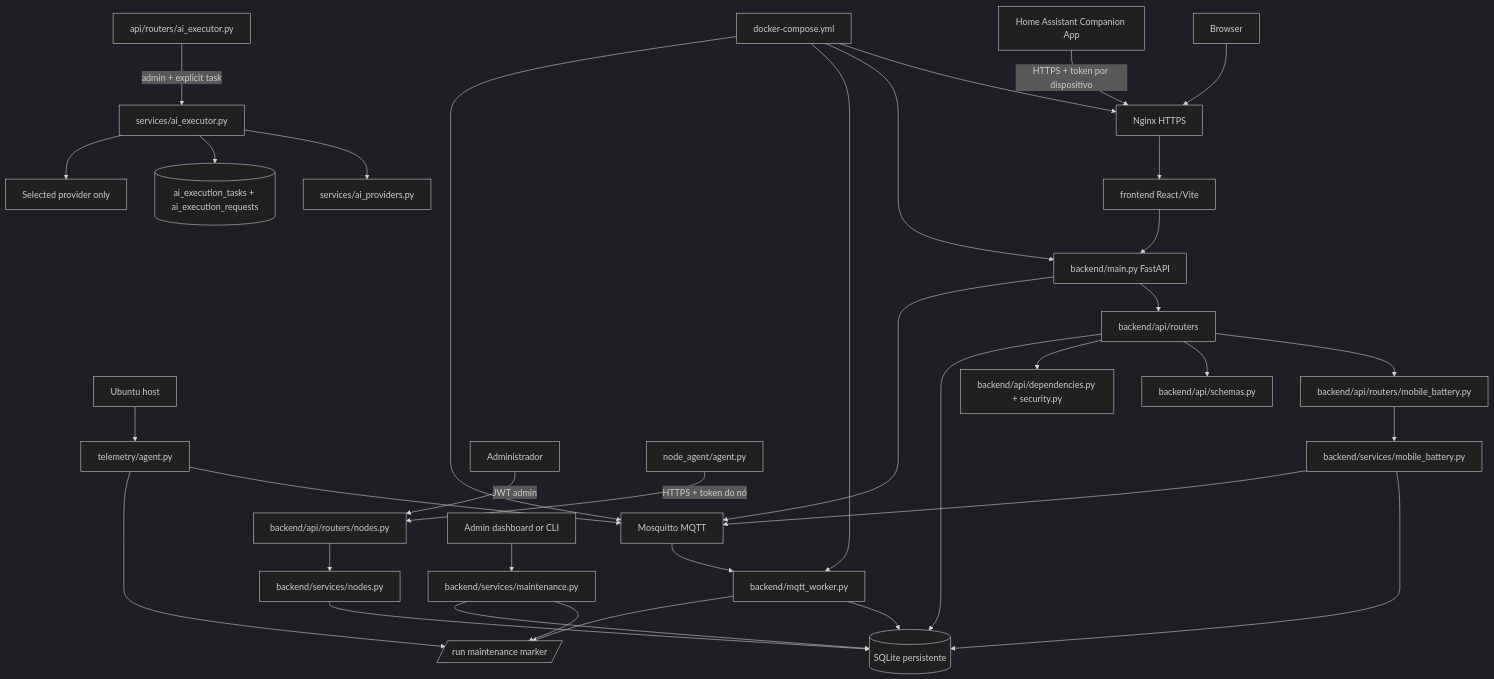
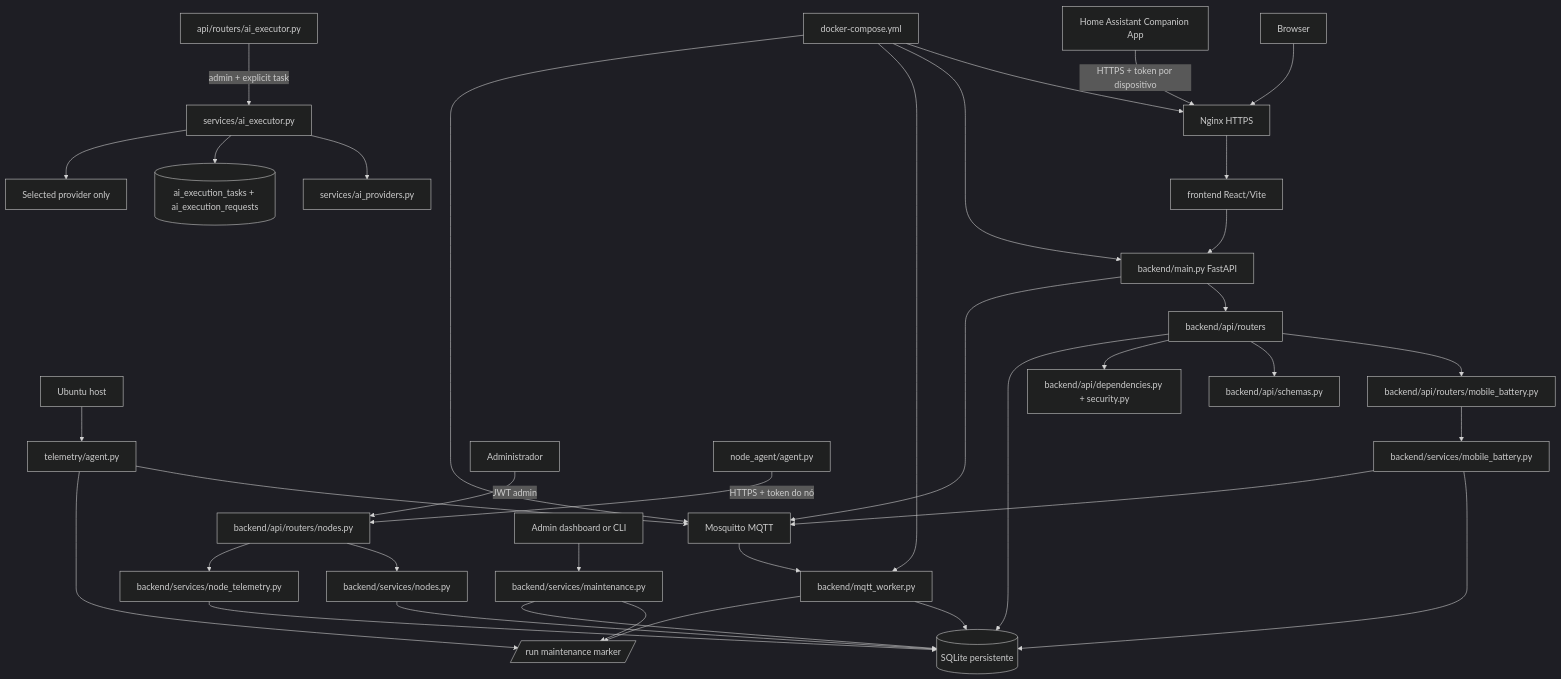
One commit to astec10/nivus-edge-node changed the first of 2 diagrams in docs/MODULE_MAP.md. Above: the diagram before and after it, drawn with Mermaid (dark theme). The commit also changed other lines of this file and 15 other files, not shown here.

Commit message:
feat(nodes): ingest bounded per-node telemetry

````diff
--- a/docs/MODULE_MAP.md
+++ b/docs/MODULE_MAP.md
@@ -7,37 +7,39 @@
 ```mermaid
 flowchart TD
   Host[Ubuntu host] --> Agent[telemetry/agent.py]
   Agent --> MQTT[Mosquitto MQTT]
   MQTT --> Worker[backend/mqtt_worker.py]
   Worker --> DB[(SQLite persistente)]
   Browser[Browser] --> Nginx[Nginx HTTPS]
   Nginx --> UI[frontend React/Vite]
   UI --> API[backend/main.py FastAPI]
   API --> Routers[backend/api/routers]
   Phone[Home Assistant Companion App] -->|HTTPS + token por dispositivo| Nginx
   Routers --> BatteryRouter[backend/api/routers/mobile_battery.py]
   BatteryRouter --> BatteryService[backend/services/mobile_battery.py]
   BatteryService --> DB
   BatteryService --> MQTT
   Admin[Administrador] -->|JWT admin| NodesRouter[backend/api/routers/nodes.py]
   NodeAgent[node_agent/agent.py] -->|HTTPS + token do nó| NodesRouter
   NodesRouter --> NodesService[backend/services/nodes.py]
+  NodesRouter --> NodeTelemetryService[backend/services/node_telemetry.py]
   NodesService --> DB
+  NodeTelemetryService --> DB
   Routers --> Schemas[backend/api/schemas.py]
   Routers --> Auth[backend/api/dependencies.py + security.py]
   Routers --> DB
   AIExecutor[api/routers/ai_executor.py] -->|admin + explicit task| Inference[services/ai_executor.py]
   Inference --> ProviderProfiles[services/ai_providers.py]
   Inference --> ExecutorLedger[(ai_execution_tasks + ai_execution_requests)]
   Inference --> SelectedProvider[Selected provider only]
   API --> MQTT
   Operator[Admin dashboard or CLI] --> Maintenance[backend/services/maintenance.py]
   Maintenance --> State[/run maintenance marker/]
   Maintenance --> DB
   Agent[telemetry/agent.py] --> State
   Worker[backend/mqtt_worker.py] --> State
   Compose[docker-compose.yml] --> Nginx
   Compose --> API
   Compose --> Worker
   Compose --> MQTT
 ```
````
